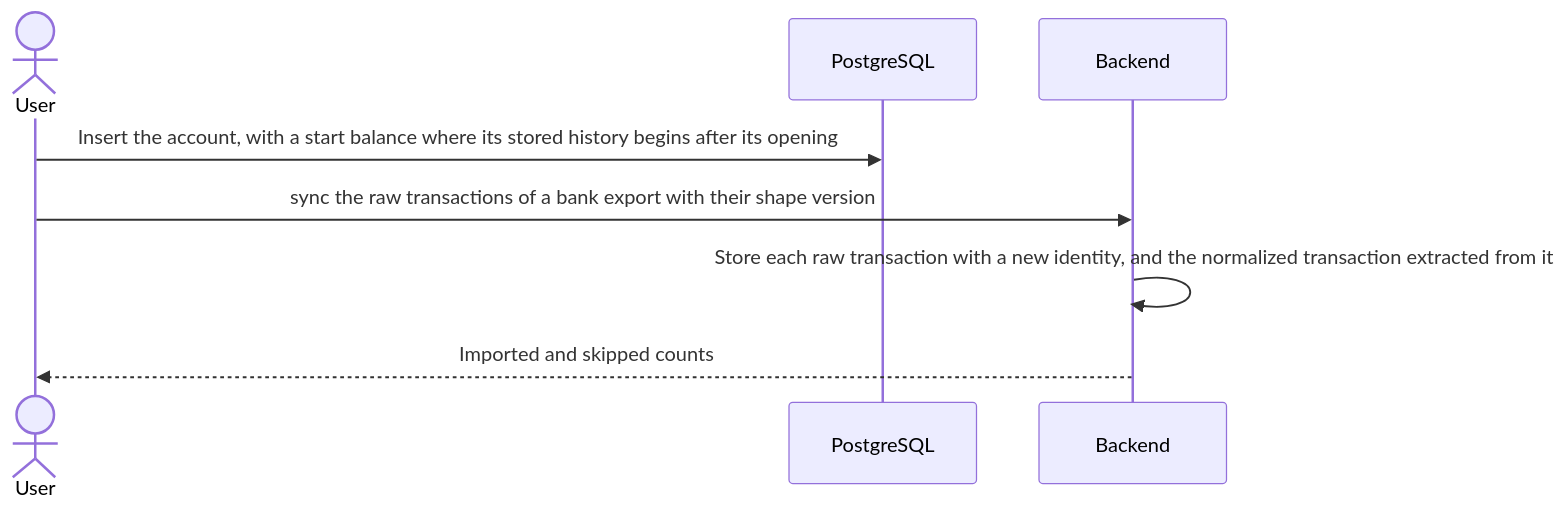
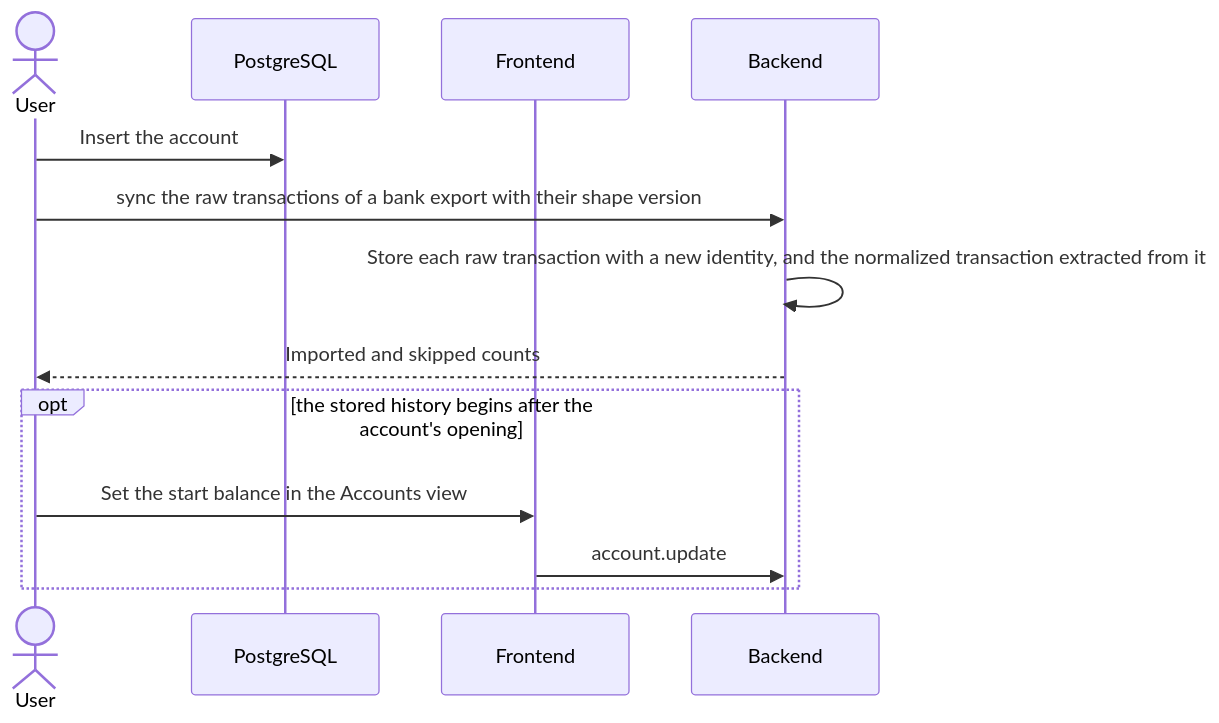
One commit to lennartmoeller/finance-tracker changed the second of 6 diagrams in docs/contract/ingestion.md. Above: the diagram before and after it, drawn with Mermaid. The commit also changed 50 other files, not shown here.

Commit message:
feat: add an Accounts view that manages accounts and shows their figures (#55)

````diff
--- a/docs/contract/ingestion.md
+++ b/docs/contract/ingestion.md
@@ -30,10 +30,15 @@
 ```mermaid
 sequenceDiagram
   actor User
   participant DB as PostgreSQL
+  participant FE as Frontend
   participant BE as Backend
-  User->>DB: Insert the account, with a start balance where its stored history begins after its opening
+  User->>DB: Insert the account
   User->>BE: sync the raw transactions of a bank export with their shape version
   BE->>BE: Store each raw transaction with a new identity, and the normalized transaction extracted from it
   BE-->>User: Imported and skipped counts
+  opt the stored history begins after the account's opening
+    User->>FE: Set the start balance in the Accounts view
+    FE->>BE: account.update
+  end
 ```
````
